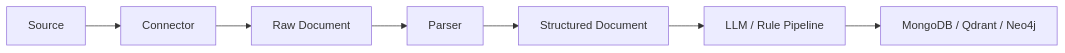
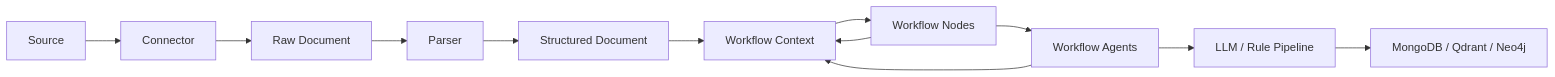
One commit to maxtarquini/osint changed the diagram in docs/workflows.md. Above: the diagram before and after it, drawn with Mermaid. The commit also changed other lines of this file and 41 other files, not shown here.

````diff
--- a/docs/workflows.md
+++ b/docs/workflows.md
@@ -7,17 +7,25 @@
 ```mermaid
 flowchart LR
     Source["Source"]
     Connector["Connector"]
     RawDocument["Raw Document"]
     Parser["Parser"]
     Structured["Structured Document"]
+    Context["Workflow Context"]
+    Nodes["Workflow Nodes"]
+    Agents["Workflow Agents"]
     Pipeline["LLM / Rule Pipeline"]
     Stores["MongoDB / Qdrant / Neo4j"]
 
     Source --> Connector
     Connector --> RawDocument
     RawDocument --> Parser
     Parser --> Structured
-    Structured --> Pipeline
+    Structured --> Context
+    Context --> Nodes
+    Nodes --> Context
+    Nodes --> Agents
+    Agents --> Context
+    Agents --> Pipeline
     Pipeline --> Stores
 ```
````
